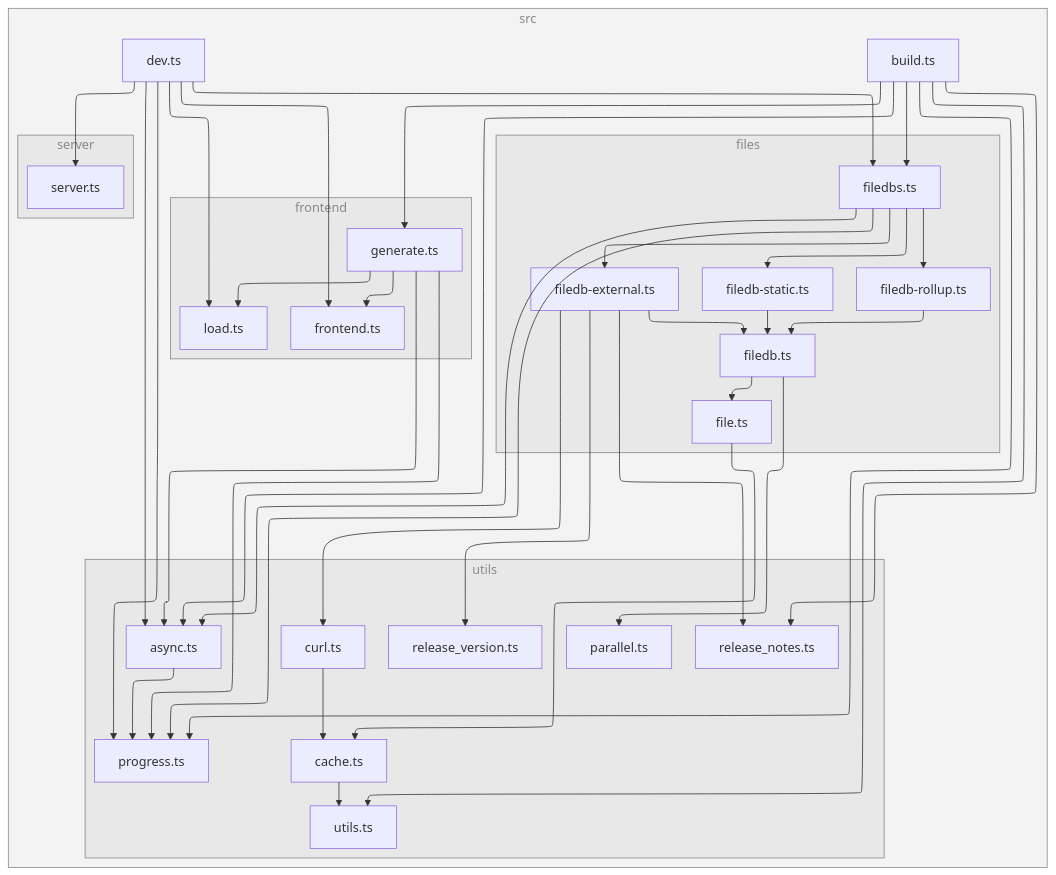
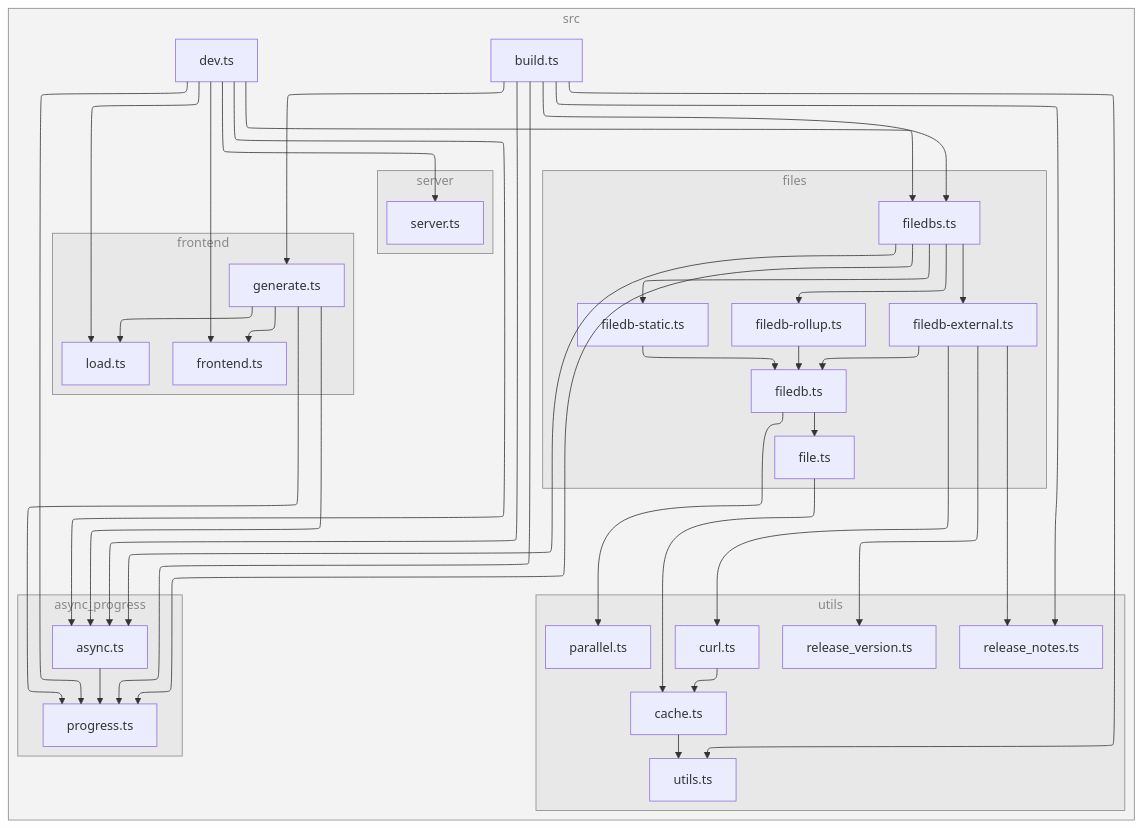
One commit to versatiles-org/versatiles-frontend changed the diagram in README.md. Above: the diagram before and after it, drawn with Mermaid. The commit also changed 11 other files, not shown here.

First line of the commit message:
Refactor progress and async utilities

````diff
--- a/README.md
+++ b/README.md
@@ -97,74 +97,76 @@
 ```mermaid
 ---
 config:
   layout: elk
 ---
 flowchart TB
 
 subgraph 0["src"]
-1["build.ts"]
-subgraph 2["files"]
-3["filedbs.ts"]
+subgraph 1["async_progress"]
+2["async.ts"]
+3["progress.ts"]
+end
+4["build.ts"]
+subgraph 5["files"]
+6["filedbs.ts"]
 7["filedb-external.ts"]
-D["filedb.ts"]
-F["file.ts"]
-G["filedb-rollup.ts"]
-H["filedb-static.ts"]
+E["filedb.ts"]
+G["file.ts"]
+H["filedb-rollup.ts"]
+I["filedb-static.ts"]
 end
-subgraph 4["utils"]
-5["async.ts"]
-6["progress.ts"]
-8["curl.ts"]
-9["cache.ts"]
-A["utils.ts"]
-B["release_notes.ts"]
-C["release_version.ts"]
-E["parallel.ts"]
+subgraph 8["utils"]
+9["curl.ts"]
+A["cache.ts"]
+B["utils.ts"]
+C["release_notes.ts"]
+D["release_version.ts"]
+F["parallel.ts"]
 end
-subgraph I["frontend"]
-J["generate.ts"]
-K["frontend.ts"]
-L["load.ts"]
+subgraph J["frontend"]
+K["generate.ts"]
+L["frontend.ts"]
+M["load.ts"]
 end
-M["dev.ts"]
-subgraph N["server"]
-O["server.ts"]
+N["dev.ts"]
+subgraph O["server"]
+P["server.ts"]
 end
 end
-1-->3
-1-->J
-1-->5
-1-->6
-1-->B
-1-->A
-3-->5
-3-->6
-3-->7
-3-->G
-3-->H
-5-->6
-7-->8
-7-->B
+2-->3
+4-->2
+4-->3
+4-->6
+4-->K
+4-->C
+4-->B
+6-->2
+6-->3
+6-->7
+6-->H
+6-->I
+7-->9
 7-->C
 7-->D
-8-->9
+7-->E
 9-->A
-D-->E
-D-->F
-F-->9
-G-->D
-H-->D
-J-->5
-J-->6
-J-->K
-J-->L
-M-->3
-M-->K
-M-->L
-M-->O
-M-->5
-M-->6
+A-->B
+E-->F
+E-->G
+G-->A
+H-->E
+I-->E
+K-->2
+K-->3
+K-->L
+K-->M
+N-->2
+N-->3
+N-->6
+N-->L
+N-->M
+N-->P
 
-class 0,2,4,I,N subgraphs;
+class 0,1,5,8,J,O subgraphs;
 classDef subgraphs fill-opacity:0.1, fill:#888, color:#888, stroke:#888;
 ```
````
